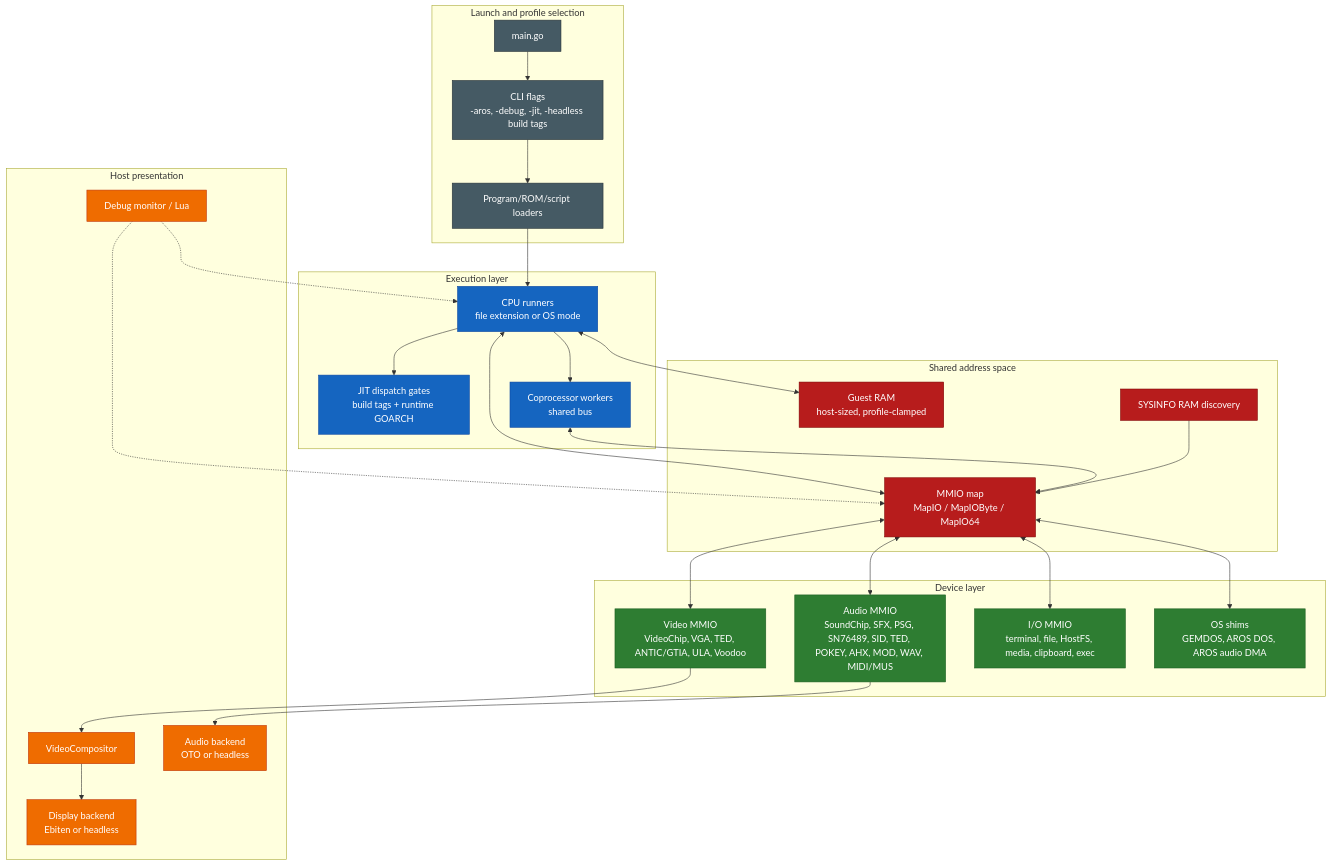
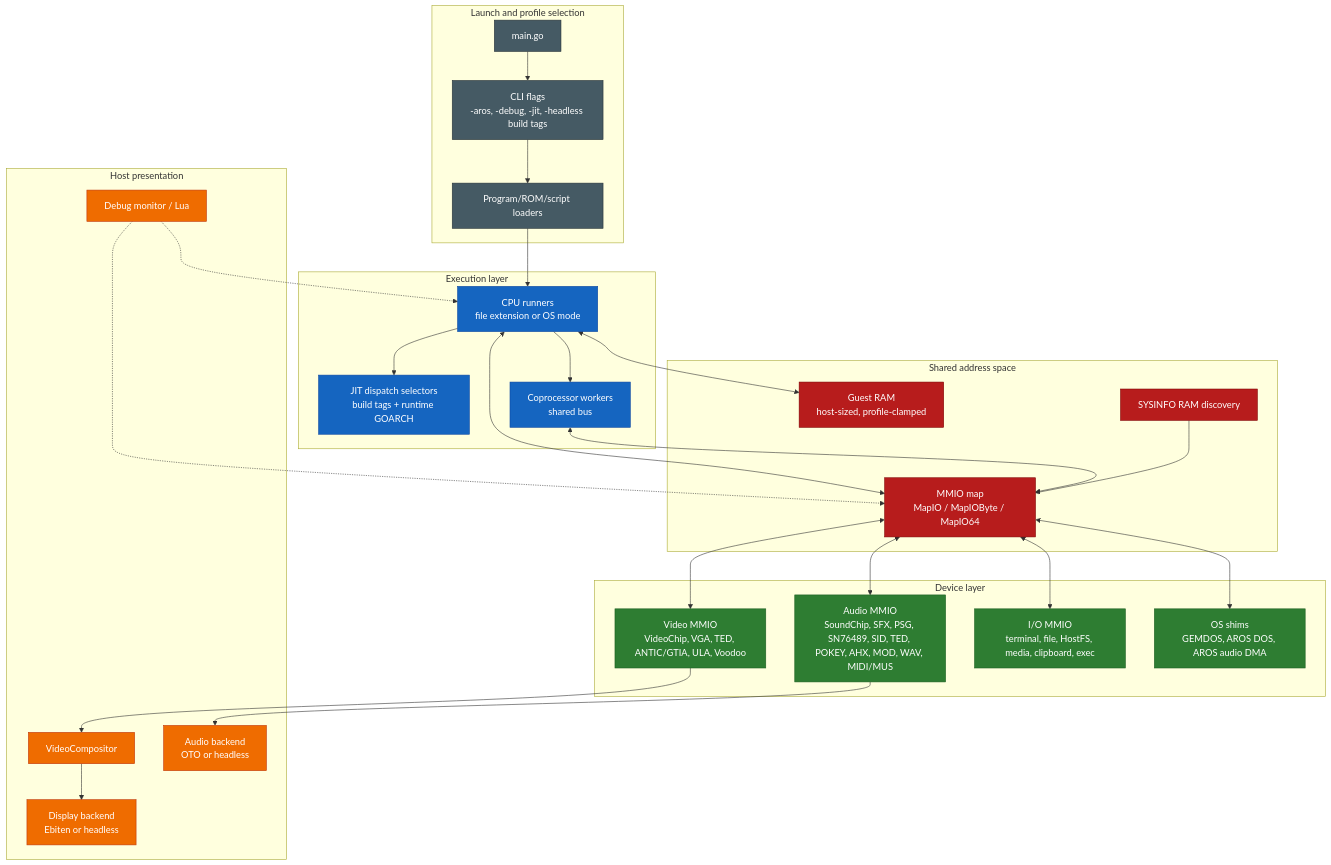
The third of 12 diagrams in sdk/docs/architecture.md (IntuitionAmiga/IntuitionEngine), drawn with Mermaid before and after one commit. The commit also changed other lines of this file and 217 other files, not shown here.

````diff
--- a/sdk/docs/architecture.md
+++ b/sdk/docs/architecture.md
@@ -342,62 +329,62 @@
 ```mermaid
 flowchart TB
     subgraph L0["Launch and profile selection"]
         MAIN["main.go"]
         FLAGS["CLI flags<br/>-aros, -debug, -jit, -headless build tags"]
         LOADERS["Program/ROM/script loaders"]
     end
 
     subgraph L1["Execution layer"]
         RUNNERS["CPU runners<br/>file extension or OS mode"]
-        JITS["JIT dispatch gates<br/>build tags + runtime GOARCH"]
+        JITS["JIT dispatch selectors<br/>build tags + runtime GOARCH"]
         WORKERS["Coprocessor workers<br/>shared bus"]
     end
 
     subgraph L2["Shared address space"]
         RAM["Guest RAM<br/>host-sized, profile-clamped"]
         MMIO["MMIO map<br/>MapIO / MapIOByte / MapIO64"]
         SYS["SYSINFO RAM discovery"]
     end
 
     subgraph L3["Device layer"]
         VIDEO2["Video MMIO<br/>VideoChip, VGA, TED, ANTIC/GTIA, ULA, Voodoo"]
         AUDIO2["Audio MMIO<br/>SoundChip, SFX, PSG, SN76489, SID, TED, POKEY, AHX, MOD, WAV, MIDI/MUS"]
         IO2["I/O MMIO<br/>terminal, file, HostFS, media, clipboard, exec"]
         OS2["OS shims<br/>GEMDOS, AROS DOS, AROS audio DMA"]
     end
 
     subgraph L4["Host presentation"]
         COMPOSITOR["VideoCompositor"]
         DISPLAY["Display backend<br/>Ebiten or headless"]
         MIXER["Audio backend<br/>OTO or headless"]
         MONITOR["Debug monitor / Lua"]
     end
 
     MAIN --> FLAGS --> LOADERS --> RUNNERS
     RUNNERS --> JITS
     RUNNERS --> WORKERS
     RUNNERS <--> RAM
     RUNNERS <--> MMIO
     WORKERS <--> MMIO
     SYS --> MMIO
     MMIO <--> VIDEO2
     MMIO <--> AUDIO2
     MMIO <--> IO2
     MMIO <--> OS2
     VIDEO2 --> COMPOSITOR --> DISPLAY
     AUDIO2 --> MIXER
     MONITOR -.-> RUNNERS
     MONITOR -.-> MMIO
 
     classDef host fill:#455A64,stroke:#263238,color:#fff
     classDef runtime fill:#1565C0,stroke:#0D47A1,color:#fff
     classDef bus fill:#B71C1C,stroke:#7F0000,color:#fff
     classDef chip fill:#2E7D32,stroke:#1B5E20,color:#fff
     classDef out fill:#EF6C00,stroke:#BF360C,color:#fff
 
     class MAIN,FLAGS,LOADERS host
     class RUNNERS,JITS,WORKERS runtime
     class RAM,MMIO,SYS bus
     class VIDEO2,AUDIO2,IO2,OS2 chip
     class COMPOSITOR,DISPLAY,MIXER,MONITOR out
 ```
````
